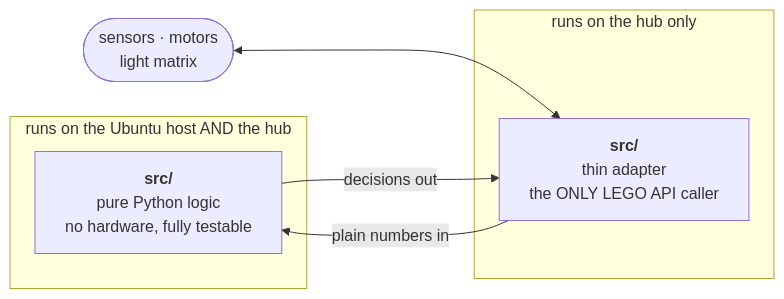
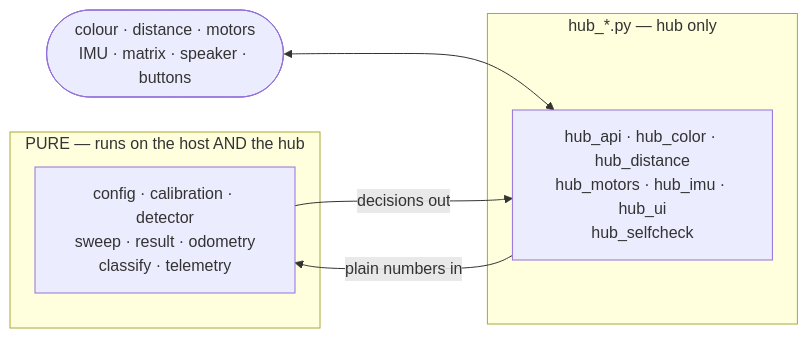
The diagram in docs/directives/code-discipline.md (erauredeyesociety/sys301_minesweeper), drawn with Mermaid before and after one commit. The commit also changed other lines of this file and 55 other files, not shown here.

````diff
--- a/docs/directives/code-discipline.md
+++ b/docs/directives/code-discipline.md
@@ -8,12 +15,12 @@
 ```mermaid
 flowchart LR
-    subgraph HOST["runs on the Ubuntu host AND the hub"]
-        M["<b>src/</b><br/>pure Python logic<br/>no hardware, fully testable"]
+    subgraph PURE["PURE — runs on the host AND the hub"]
+        M["config · calibration · detector<br/>sweep · result · odometry<br/>classify · telemetry"]
     end
-    subgraph HUB["runs on the hub only"]
-        IO["<b>src/</b><br/>thin adapter<br/>the ONLY LEGO API caller"]
+    subgraph HUBSIDE["hub_*.py — hub only"]
+        IO["hub_api · hub_color · hub_distance<br/>hub_motors · hub_imu · hub_ui<br/>hub_selfcheck"]
     end
-    SENSORS(["sensors · motors<br/>light matrix"]) <--> IO
+    DEV(["colour · distance · motors<br/>IMU · matrix · speaker · buttons"]) <--> IO
     IO -->|"plain numbers in"| M
     M -->|"decisions out"| IO
 ```
````
